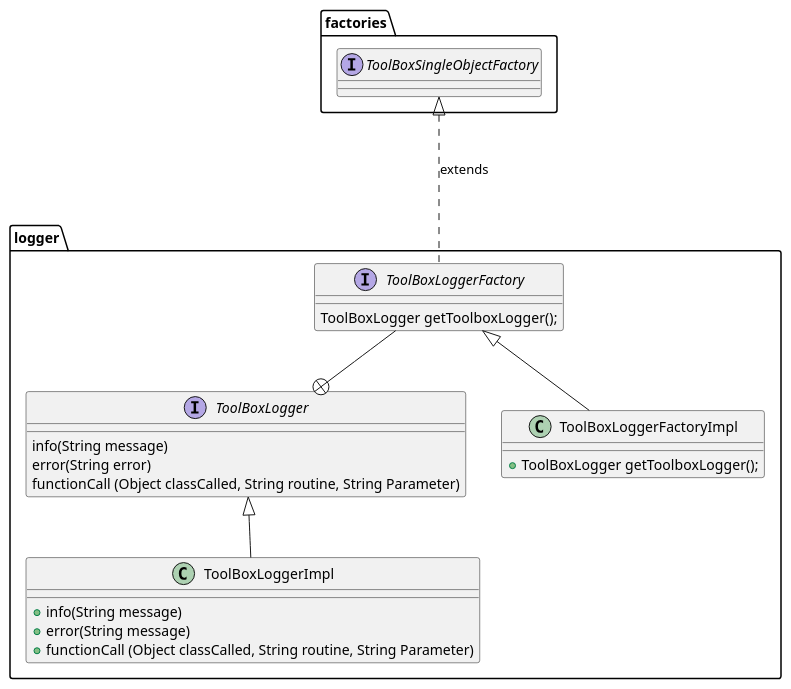
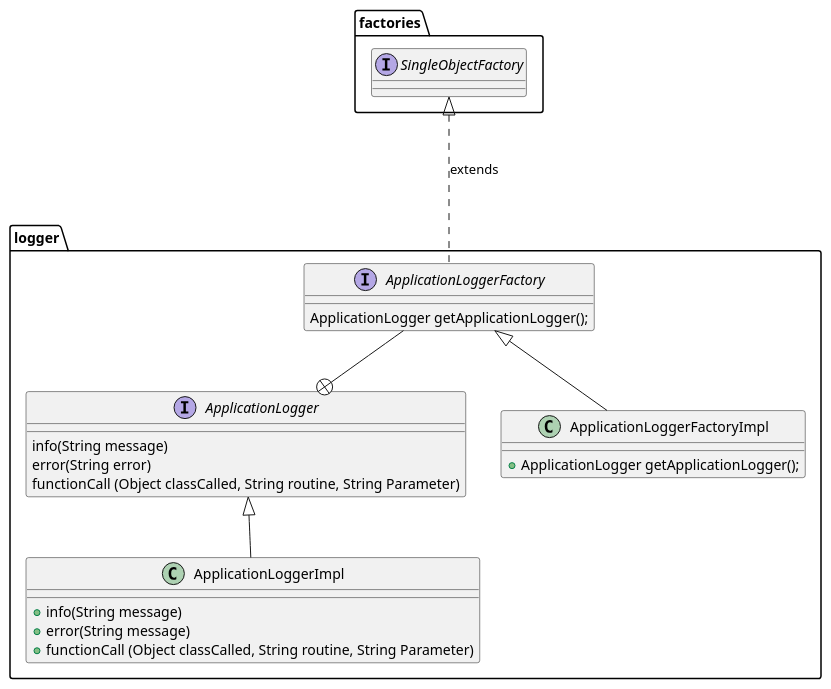
One commit to carricksoft/Hansen changed the diagram in src/main/resources/Diagrams/Logger.puml. Above: the diagram before and after it, drawn with PlantUML. The commit also changed 41 other files, not shown here.

Commit message:
Copied ToolBox Logger to Hansen and the structure

```diff
--- a/src/main/resources/Diagrams/Logger.puml
+++ b/src/main/resources/Diagrams/Logger.puml
@@ -1,40 +1,40 @@
 @startuml
 
 
 package factories {
-interface ToolBoxSingleObjectFactory {
+interface SingleObjectFactory {
 }
 
 }
 
 package logger {
 
-interface ToolBoxLogger {
+interface ApplicationLogger {
 info(String message)
 error(String error)
 functionCall (Object classCalled, String routine, String Parameter)
 }
 
-class ToolBoxLoggerImpl {
+class ApplicationLoggerImpl {
 +info(String message)
 +error(String message)
 +functionCall (Object classCalled, String routine, String Parameter)
 }
 
-interface ToolBoxLoggerFactory {
-ToolBoxLogger getToolboxLogger();
+interface ApplicationLoggerFactory {
+ApplicationLogger getApplicationLogger();
 }
 
-class ToolBoxLoggerFactoryImpl {
-+ToolBoxLogger getToolboxLogger();
+class ApplicationLoggerFactoryImpl {
++ApplicationLogger getApplicationLogger();
 }
 
-ToolBoxSingleObjectFactory  <|... ToolBoxLoggerFactory: extends
-ToolBoxLogger <|-- ToolBoxLoggerImpl
-ToolBoxLoggerFactory <|-- ToolBoxLoggerFactoryImpl
+SingleObjectFactory  <|... ApplicationLoggerFactory: extends
+ApplicationLogger <|-- ApplicationLoggerImpl
+ApplicationLoggerFactory <|-- ApplicationLoggerFactoryImpl
 
-ToolBoxLoggerFactory --+ ToolBoxLogger
+ApplicationLoggerFactory --+ ApplicationLogger
 
 }
 
 @enduml
```
